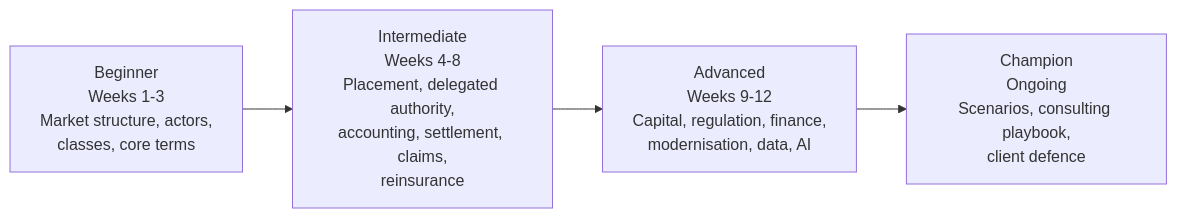
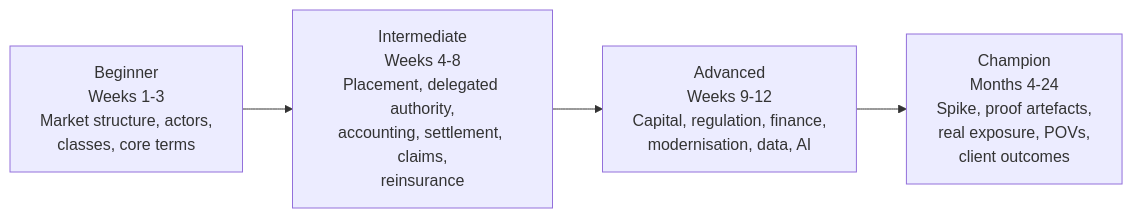
The diagram in london-market-lloyds-guide/00-README-Strategy-and-Learning-Path.md (gazal-gupta/Insurance-Domain), drawn with Mermaid before and after one commit. The commit also changed other lines of this file and 5 other files, not shown here.

````diff
--- a/london-market-lloyds-guide/00-README-Strategy-and-Learning-Path.md
+++ b/london-market-lloyds-guide/00-README-Strategy-and-Learning-Path.md
@@ -41,8 +41,8 @@
 ```mermaid
 flowchart LR
   B[Beginner<br/>Weeks 1-3<br/>Market structure, actors,<br/>classes, core terms]
   I[Intermediate<br/>Weeks 4-8<br/>Placement, delegated authority,<br/>accounting, settlement, claims,<br/>reinsurance]
   A[Advanced<br/>Weeks 9-12<br/>Capital, regulation, finance,<br/>modernisation, data, AI]
-  C[Champion<br/>Ongoing<br/>Scenarios, consulting playbook,<br/>client defence]
+  C[Champion<br/>Months 4-24<br/>Spike, proof artefacts,<br/>real exposure, POVs,<br/>client outcomes]
   B --> I --> A --> C
 ```
````
